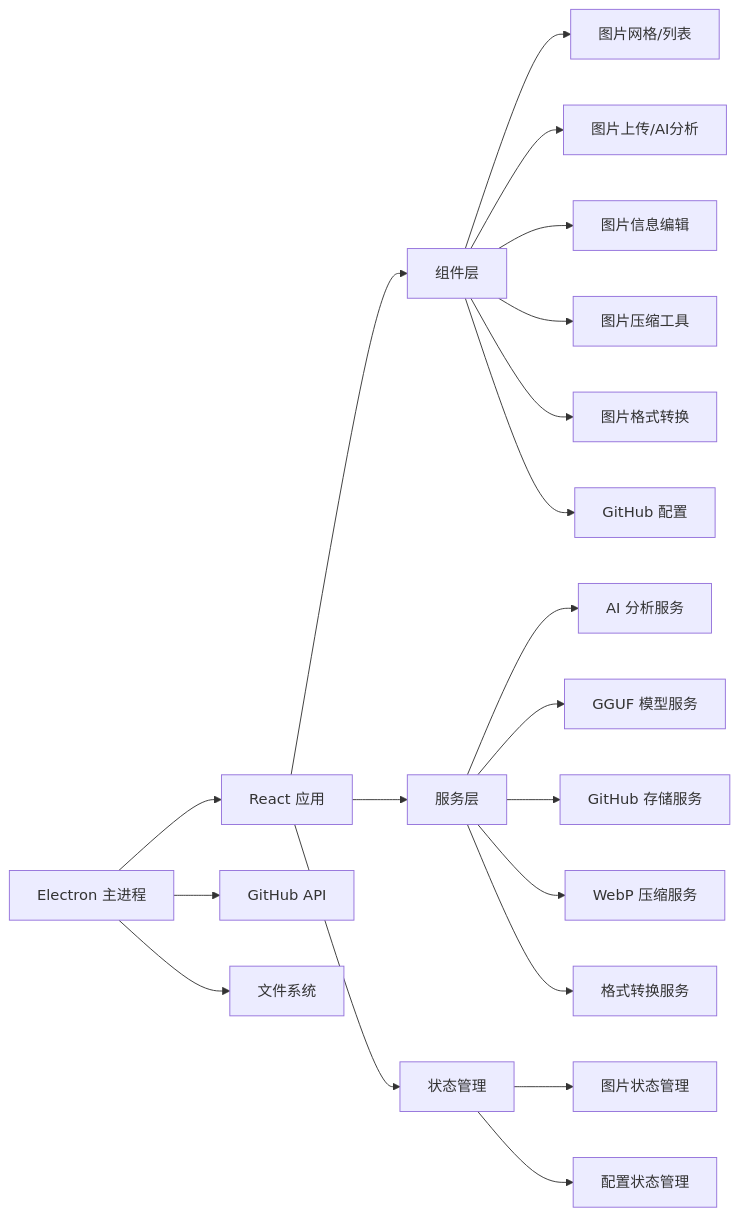
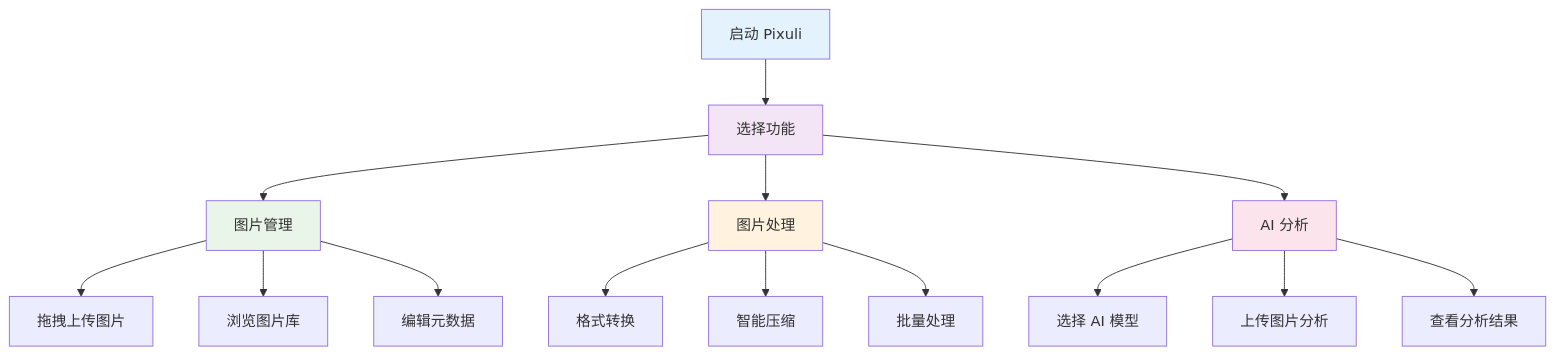
The fourth of 5 diagrams in README.md (trueLoving/Pixuli), drawn with Mermaid before and after one commit. The commit also changed other lines of this file, not shown here.

````diff
--- a/README.md
+++ b/README.md
@@ -105,26 +198,25 @@
 ```mermaid
-graph LR
-    A[Electron 主进程] --> B[React 应用]
-    B --> C[组件层]
-    B --> D[服务层]
-    B --> E[状态管理]
+flowchart TD
+    A[启动 Pixuli] --> B[选择功能]
+    B --> C[图片管理]
+    B --> D[图片处理]
+    B --> E[AI 分析]
     
-    C --> C1[图片网格/列表]
-    C --> C2[图片上传/AI分析]
-    C --> C3[图片信息编辑]
-    C --> C4[图片压缩工具]
-    C --> C5[图片格式转换]
-    C --> C6[GitHub 配置]
+    C --> C1[拖拽上传图片]
+    C --> C2[浏览图片库]
+    C --> C3[编辑元数据]
     
-    D --> D1[AI 分析服务]
-    D --> D2[GGUF 模型服务]
-    D --> D3[GitHub 存储服务]
-    D --> D4[WebP 压缩服务]
-    D --> D5[格式转换服务]
+    D --> D1[格式转换]
+    D --> D2[智能压缩]
+    D --> D3[批量处理]
     
-    E --> E1[图片状态管理]
-    E --> E2[配置状态管理]
+    E --> E1[选择 AI 模型]
+    E --> E2[上传图片分析]
+    E --> E3[查看分析结果]
     
-    A --> F[GitHub API]
-    A --> G[文件系统]
+    style A fill:#e3f2fd
+    style B fill:#f3e5f5
+    style C fill:#e8f5e8
+    style D fill:#fff3e0
+    style E fill:#fce4ec
 ```
````
